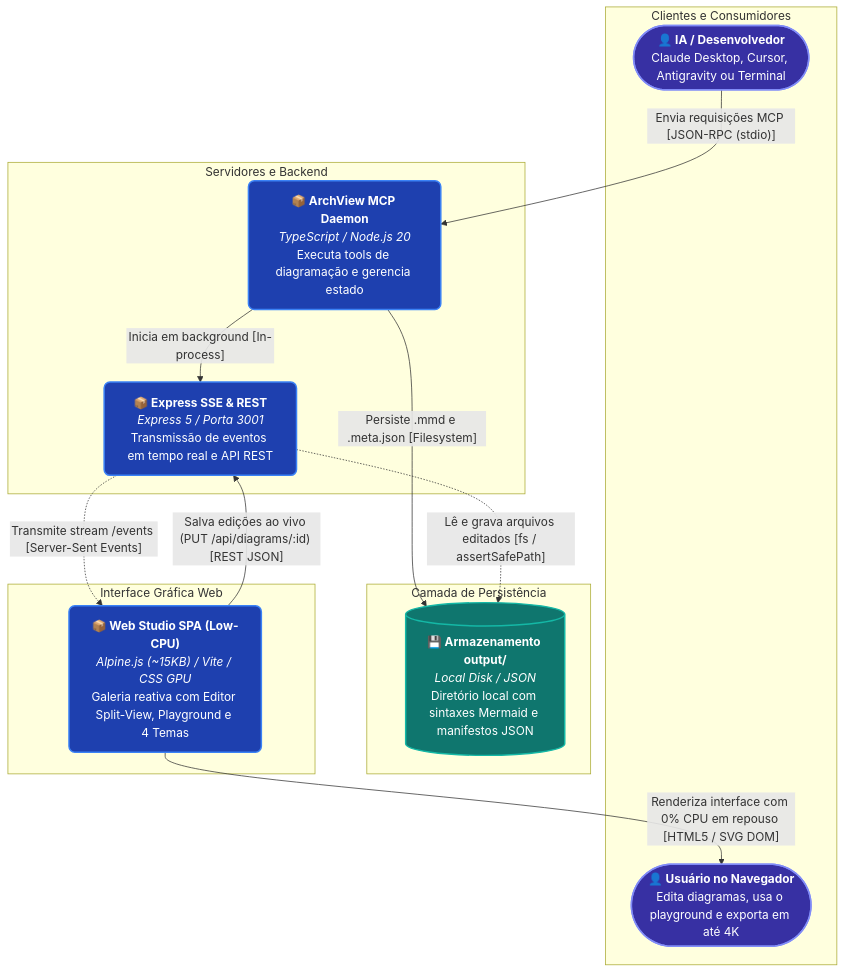
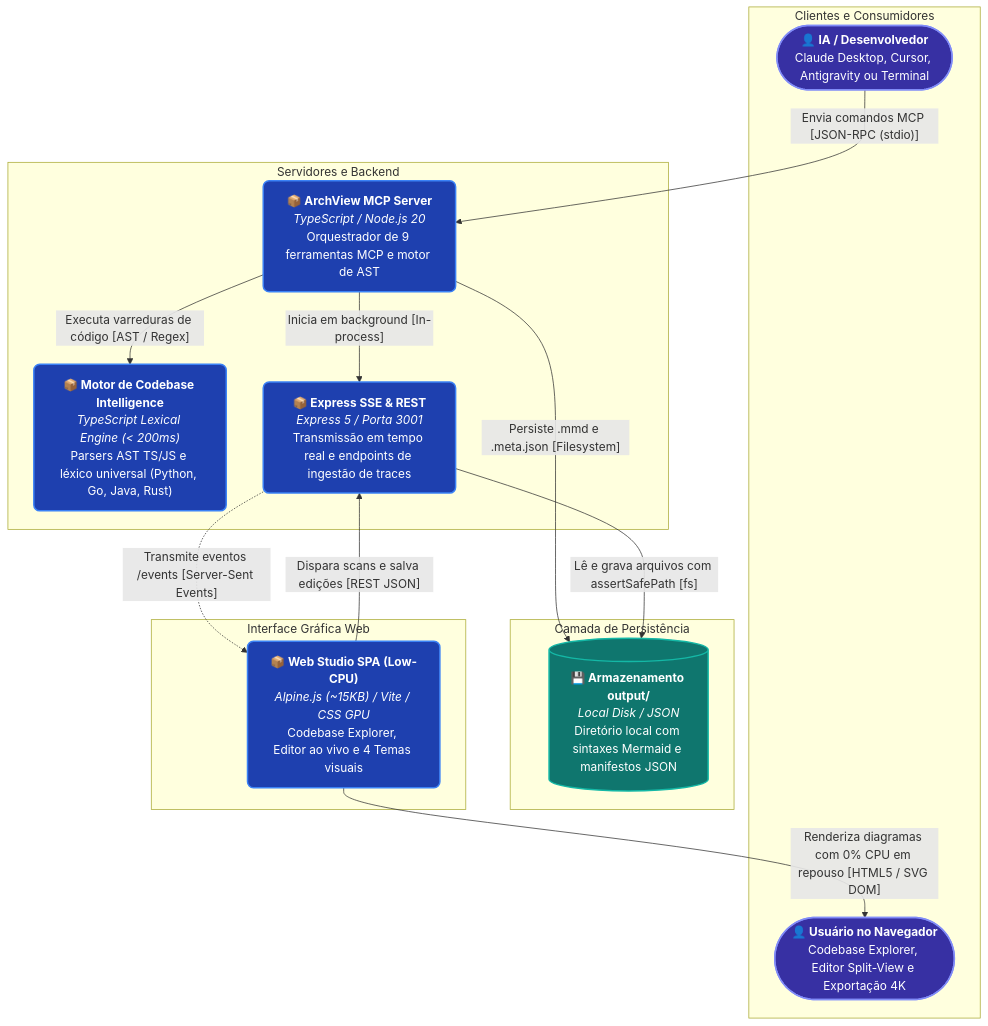
The diagram in output/self-doc-architecture.mmd (70gurupia/archview), drawn with Mermaid before and after one commit. The commit also changed 13 other files, not shown here.

Commit message:
docs(production): regenerate self-docs with v3.0 codebase intelligence and sanitize DOM sinks

```diff
--- a/output/self-doc-architecture.mmd
+++ b/output/self-doc-architecture.mmd
@@ -1,39 +1,42 @@
 flowchart TD
   subgraph sg_1[" Clientes e Consumidores "]
     ai_client(["<b>👤 IA / Desenvolvedor</b><br/>Claude Desktop, Cursor, Antigravity ou Terminal"])
-    browser_user(["<b>👤 Usuário no Navegador</b><br/>Edita diagramas, usa o playground e exporta em até 4K"])
+    browser_user(["<b>👤 Usuário no Navegador</b><br/>Codebase Explorer, Editor Split-View e Exportação 4K"])
   end
 
   subgraph sg_2[" Servidores e Backend "]
-    mcp_server["<b>📦 ArchView MCP Daemon</b><br/><i>TypeScript / Node.js 20</i><br/>Executa tools de diagramação e gerencia estado"]
-    sse_server["<b>📦 Express SSE & REST</b><br/><i>Express 5 / Porta 3001</i><br/>Transmissão de eventos em tempo real e API REST"]
+    mcp_server["<b>📦 ArchView MCP Server</b><br/><i>TypeScript / Node.js 20</i><br/>Orquestrador de 9 ferramentas MCP e motor de AST"]
+    engine_v3["<b>📦 Motor de Codebase Intelligence</b><br/><i>TypeScript Lexical Engine (< 200ms)</i><br/>Parsers AST TS/JS e léxico universal (Python, Go, Java, Rust)"]
+    sse_server["<b>📦 Express SSE & REST</b><br/><i>Express 5 / Porta 3001</i><br/>Transmissão em tempo real e endpoints de ingestão de traces"]
   end
 
   subgraph sg_3[" Camada de Persistência "]
     storage[("<b>💾 Armazenamento output/</b><br/><i>Local Disk / JSON</i><br/>Diretório local com sintaxes Mermaid e manifestos JSON")]
   end
 
   subgraph sg_4[" Interface Gráfica Web "]
-    web_studio["<b>📦 Web Studio SPA (Low-CPU)</b><br/><i>Alpine.js (~15KB) / Vite / CSS GPU</i><br/>Galeria reativa com Editor Split-View, Playground e 4 Temas"]
+    web_studio["<b>📦 Web Studio SPA (Low-CPU)</b><br/><i>Alpine.js (~15KB) / Vite / CSS GPU</i><br/>Codebase Explorer, Editor ao vivo e 4 Temas visuais"]
   end
 
-  ai_client -->|"Envia requisições MCP [JSON-RPC (stdio)]"| mcp_server
+  ai_client -->|"Envia comandos MCP [JSON-RPC (stdio)]"| mcp_server
+  mcp_server -->|"Executa varreduras de código [AST / Regex]"| engine_v3
   mcp_server -->|"Inicia em background [In-process]"| sse_server
   mcp_server -->|"Persiste .mmd e .meta.json [Filesystem]"| storage
-  sse_server -.->|"Lê e grava arquivos editados [fs / assertSafePath]"| storage
-  sse_server -.->|"Transmite stream /events [Server-Sent Events]"| web_studio
-  web_studio -->|"Renderiza interface com 0% CPU em repouso [HTML5 / SVG DOM]"| browser_user
-  web_studio -->|"Salva edições ao vivo (PUT /api/diagrams/:id) [REST JSON]"| sse_server
+  sse_server -->|"Lê e grava arquivos com assertSafePath [fs]"| storage
+  sse_server -.->|"Transmite eventos /events [Server-Sent Events]"| web_studio
+  web_studio -->|"Renderiza diagramas com 0% CPU em repouso [HTML5 / SVG DOM]"| browser_user
+  web_studio -->|"Dispara scans e salva edições [REST JSON]"| sse_server
 
   classDef default fill:#F8FAFC,stroke:#64748B,stroke-width:1.5px,color:#1E293B,rx:8px,ry:8px;
   classDef primary fill:#1E40AF,stroke:#3B82F6,stroke-width:2px,color:#FFFFFF,rx:8px,ry:8px;
   classDef success fill:#0F766E,stroke:#14B8A6,stroke-width:2px,color:#FFFFFF,rx:8px,ry:8px;
   classDef accent fill:#3730A3,stroke:#818CF8,stroke-width:2px,color:#FFFFFF,rx:8px,ry:8px;
   classDef warning fill:#D97706,stroke:#F59E0B,stroke-width:2px,color:#FFFFFF,rx:8px,ry:8px;
   classDef danger fill:#B91C1C,stroke:#EF4444,stroke-width:2px,color:#FFFFFF,rx:8px,ry:8px;
   class ai_client accent;
   class browser_user accent;
   class mcp_server primary;
+  class engine_v3 primary;
   class sse_server primary;
   class storage success;
   class web_studio primary;
```
